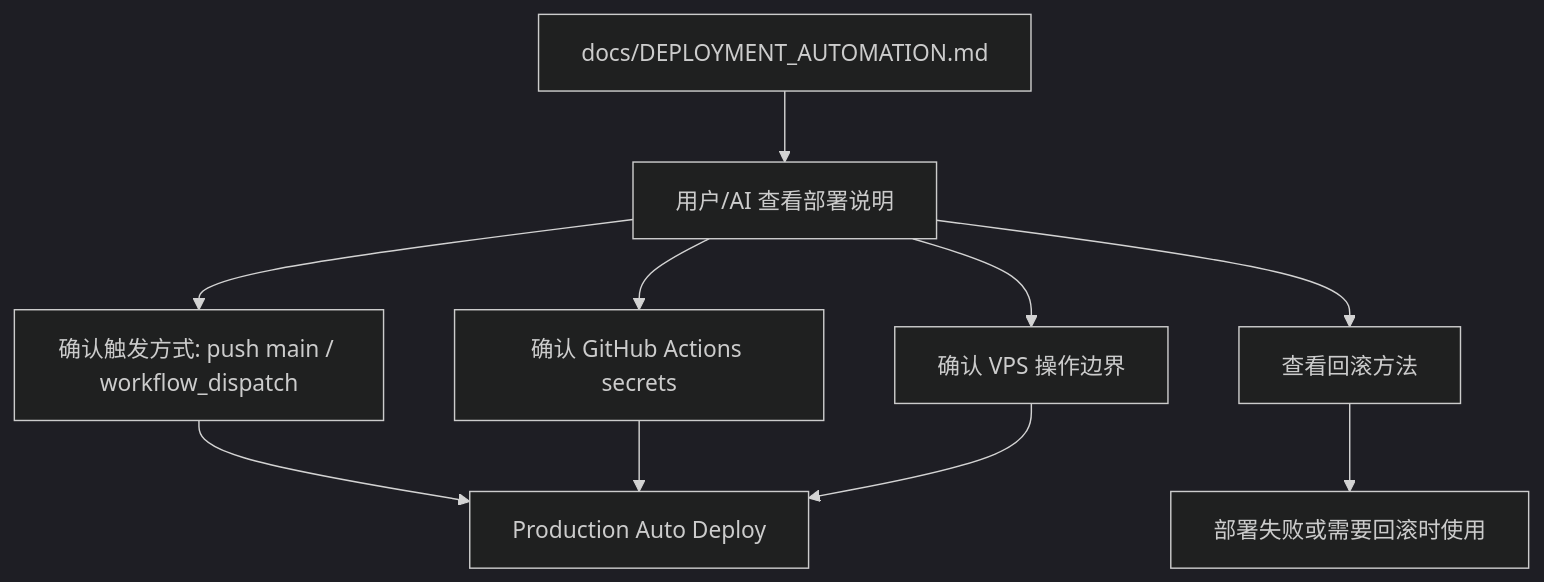
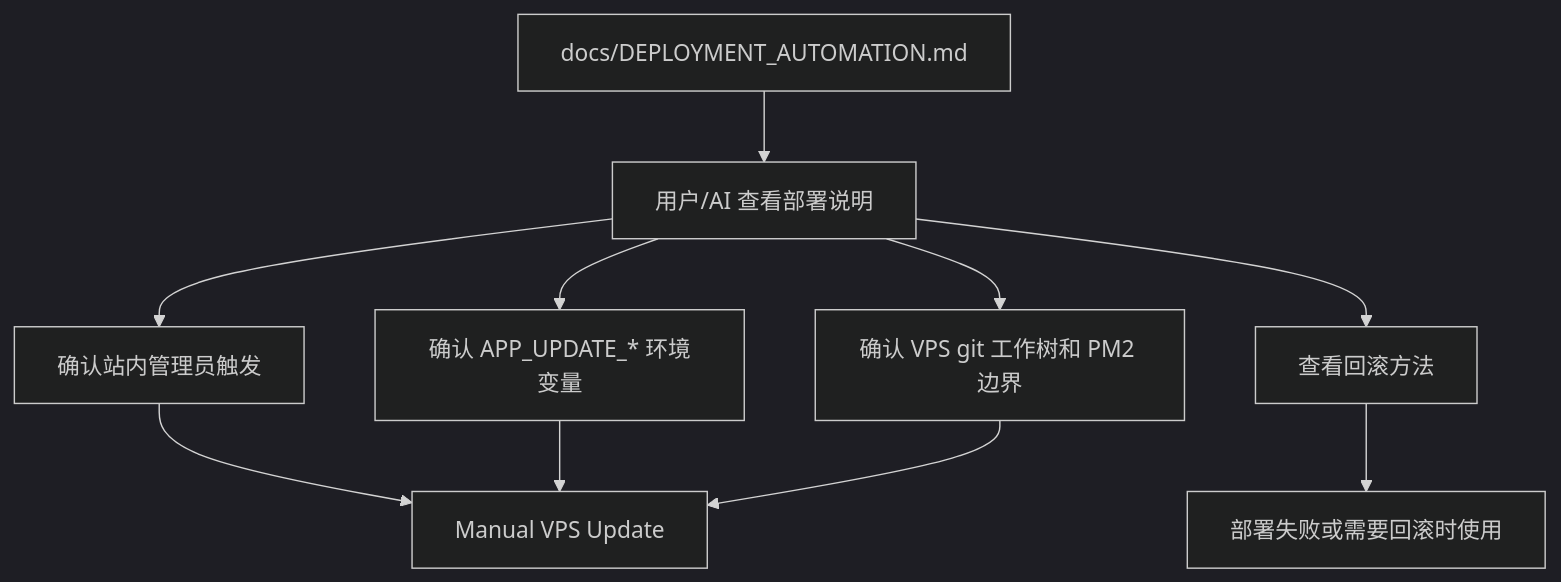
Diagram 29 of 30 in docs/SYSTEM_FLOW.md (ttmanthatman/virtual-human-flow), drawn with Mermaid (dark theme) before and after one commit. The commit also changed other lines of this file and 13 other files, not shown here.

````diff
--- a/docs/SYSTEM_FLOW.md
+++ b/docs/SYSTEM_FLOW.md
@@ -638,12 +640,12 @@
 ```mermaid
 flowchart TD
     DOC["docs/DEPLOYMENT_AUTOMATION.md"] --> USER["用户/AI 查看部署说明"]
-    USER --> TRIGGER["确认触发方式: push main / workflow_dispatch"]
-    USER --> SECRETS["确认 GitHub Actions secrets"]
-    USER --> BOUNDARY["确认 VPS 操作边界"]
+    USER --> TRIGGER["确认站内管理员触发"]
+    USER --> ENVS["确认 APP_UPDATE_* 环境变量"]
+    USER --> BOUNDARY["确认 VPS git 工作树和 PM2 边界"]
     USER --> ROLLBACK["查看回滚方法"]
-    TRIGGER --> DEPLOY["Production Auto Deploy"]
-    SECRETS --> DEPLOY
+    TRIGGER --> DEPLOY["Manual VPS Update"]
+    ENVS --> DEPLOY
     BOUNDARY --> DEPLOY
     ROLLBACK --> INCIDENT["部署失败或需要回滚时使用"]
 ```
````
